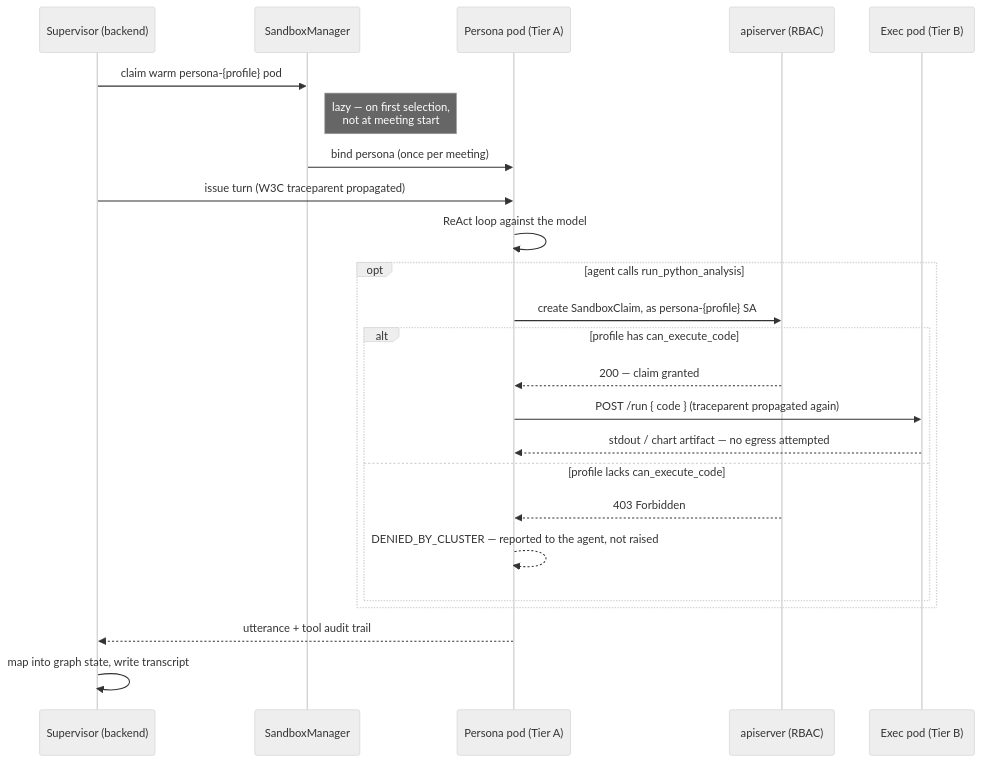
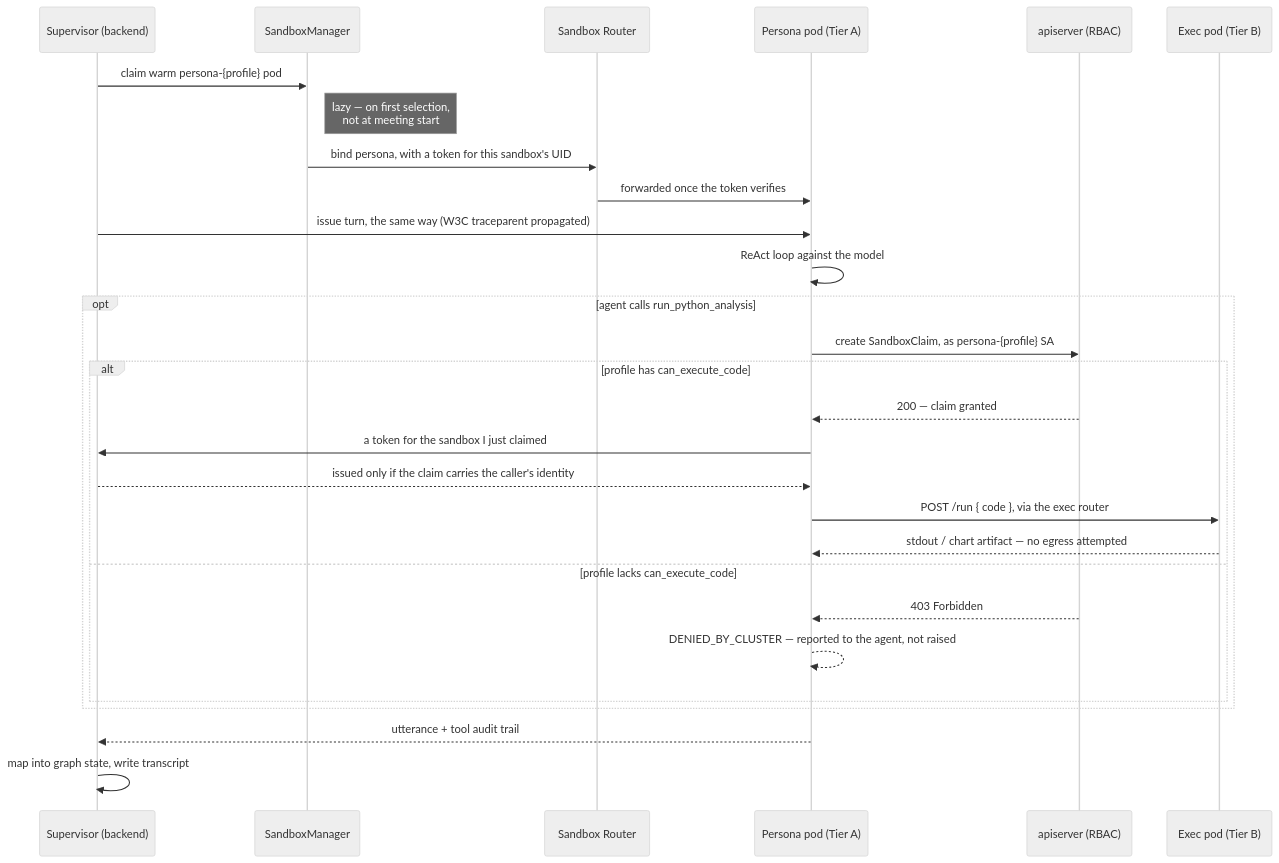
One commit to erdincka/meetings changed the second of 3 diagrams in docs/architecture.md. Above: the diagram before and after it, drawn with Mermaid (neutral theme). The commit also changed other lines of this file and 53 other files, not shown here.

First line of the commit message:
Adopt Agent Sandbox v1.0.4 and put the Sandbox Router in front of every sandbox

````diff
--- a/docs/architecture.md
+++ b/docs/architecture.md
@@ -62,29 +62,33 @@
 ```mermaid
 sequenceDiagram
     participant S as Supervisor (backend)
     participant M as SandboxManager
+    participant R as Sandbox Router
     participant P as Persona pod (Tier A)
     participant K as apiserver (RBAC)
     participant E as Exec pod (Tier B)
 
     S->>M: claim warm persona-{profile} pod
     Note right of M: lazy — on first selection,<br/>not at meeting start
-    M->>P: bind persona (once per meeting)
-    S->>P: issue turn (W3C traceparent propagated)
+    M->>R: bind persona, with a token for this sandbox's UID
+    R->>P: forwarded once the token verifies
+    S->>P: issue turn, the same way (W3C traceparent propagated)
     P->>P: ReAct loop against the model
 
     opt agent calls run_python_analysis
         P->>K: create SandboxClaim, as persona-{profile} SA
         alt profile has can_execute_code
             K-->>P: 200 — claim granted
-            P->>E: POST /run { code } (traceparent propagated again)
+            P->>S: a token for the sandbox I just claimed
+            S-->>P: issued only if the claim carries the caller's identity
+            P->>E: POST /run { code }, via the exec router
             E-->>P: stdout / chart artifact — no egress attempted
         else profile lacks can_execute_code
             K-->>P: 403 Forbidden
             P-->>P: DENIED_BY_CLUSTER — reported to the agent, not raised
         end
     end
 
     P-->>S: utterance + tool audit trail
     S->>S: map into graph state, write transcript
 ```
````
